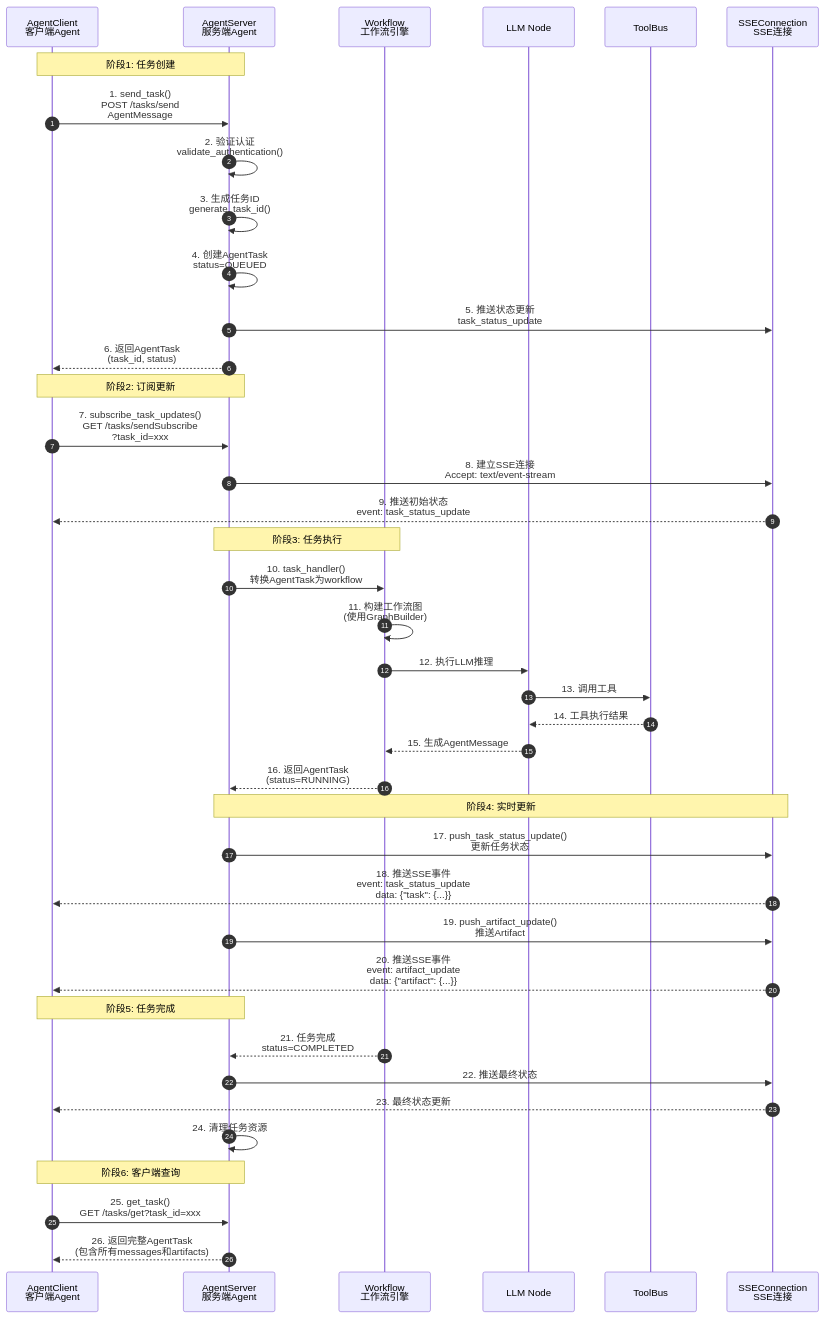
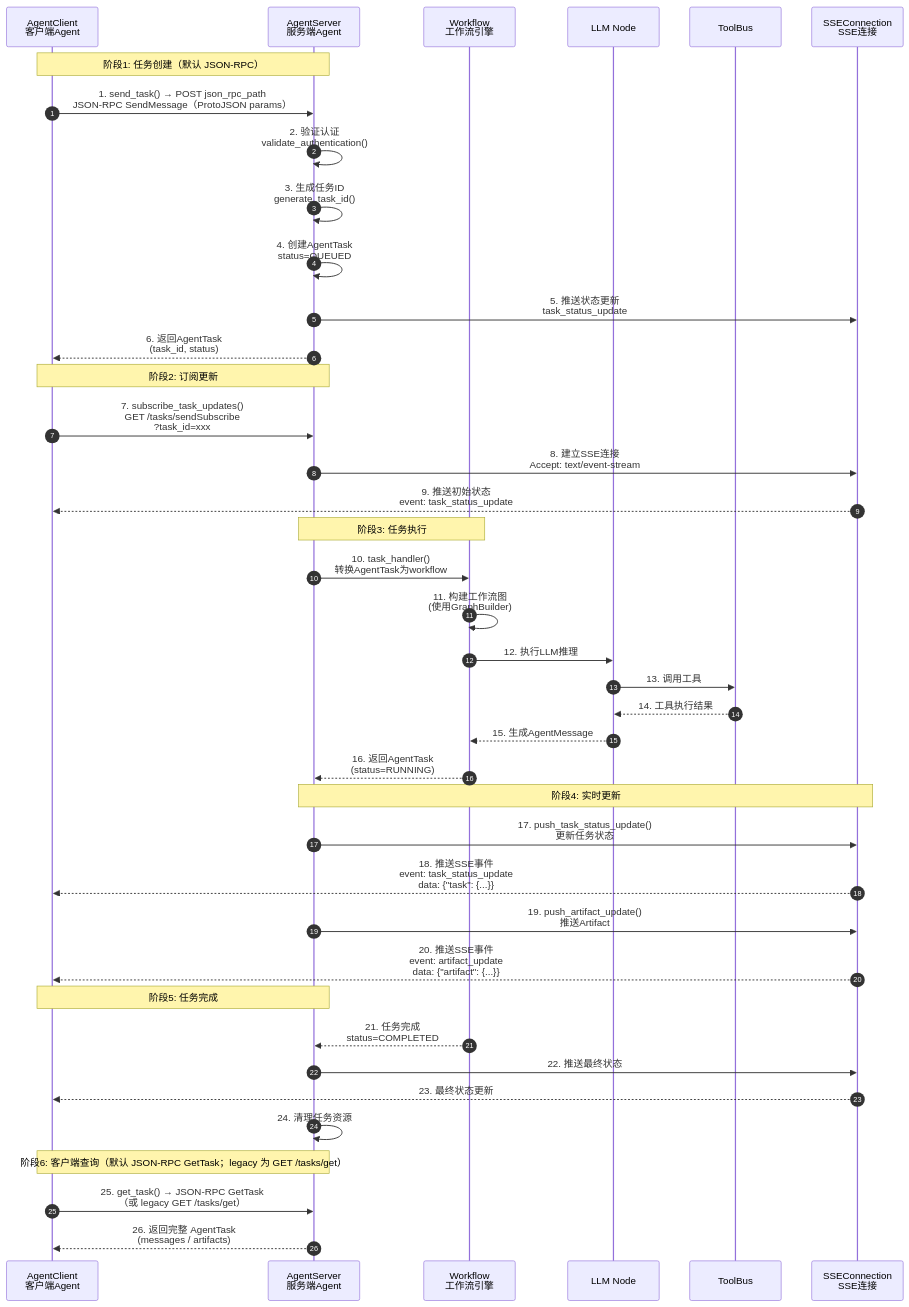
The sixth of 8 diagrams in agent_framework/docs/architecture/overview.md (Mapoet/taskflow), drawn with Mermaid before and after one commit. The commit also changed other lines of this file and 16 other files, not shown here.

````diff
--- a/agent_framework/docs/architecture/overview.md
+++ b/agent_framework/docs/architecture/overview.md
@@ -2694,49 +2696,49 @@
 ```mermaid
 sequenceDiagram
     autonumber
     participant Client as AgentClient<br/>客户端Agent
     participant Server as AgentServer<br/>服务端Agent
     participant Workflow as Workflow<br/>工作流引擎
     participant LLM as LLM Node
     participant Tools as ToolBus
     participant SSE as SSEConnection<br/>SSE连接
 
-    Note over Client,Server: 阶段1: 任务创建
-    Client->>Server: 1. send_task()<br/>POST /tasks/send<br/>AgentMessage
+    Note over Client,Server: 阶段1: 任务创建（默认 JSON-RPC）
+    Client->>Server: 1. send_task() → POST json_rpc_path<br/>JSON-RPC SendMessage（ProtoJSON params）
     Server->>Server: 2. 验证认证<br/>validate_authentication()
     Server->>Server: 3. 生成任务ID<br/>generate_task_id()
     Server->>Server: 4. 创建AgentTask<br/>status=QUEUED
     Server->>SSE: 5. 推送状态更新<br/>task_status_update
     Server-->>Client: 6. 返回AgentTask<br/>(task_id, status)
 
     Note over Client,Server: 阶段2: 订阅更新
     Client->>Server: 7. subscribe_task_updates()<br/>GET /tasks/sendSubscribe<br/>?task_id=xxx
     Server->>SSE: 8. 建立SSE连接<br/>Accept: text/event-stream
     SSE-->>Client: 9. 推送初始状态<br/>event: task_status_update
 
     Note over Server,Workflow: 阶段3: 任务执行
     Server->>Workflow: 10. task_handler()<br/>转换AgentTask为workflow
     Workflow->>Workflow: 11. 构建工作流图<br/>(使用GraphBuilder)
     Workflow->>LLM: 12. 执行LLM推理
     LLM->>Tools: 13. 调用工具
     Tools-->>LLM: 14. 工具执行结果
     LLM-->>Workflow: 15. 生成AgentMessage
     Workflow-->>Server: 16. 返回AgentTask<br/>(status=RUNNING)
 
     Note over Server,SSE: 阶段4: 实时更新
     Server->>SSE: 17. push_task_status_update()<br/>更新任务状态
     SSE-->>Client: 18. 推送SSE事件<br/>event: task_status_update<br/>data: {"task": {...}}
     
     Server->>SSE: 19. push_artifact_update()<br/>推送Artifact
     SSE-->>Client: 20. 推送SSE事件<br/>event: artifact_update<br/>data: {"artifact": {...}}
 
     Note over Client,Server: 阶段5: 任务完成
     Workflow-->>Server: 21. 任务完成<br/>status=COMPLETED
     Server->>SSE: 22. 推送最终状态
     SSE-->>Client: 23. 最终状态更新
     Server->>Server: 24. 清理任务资源
 
-    Note over Client,Server: 阶段6: 客户端查询
-    Client->>Server: 25. get_task()<br/>GET /tasks/get?task_id=xxx
-    Server-->>Client: 26. 返回完整AgentTask<br/>(包含所有messages和artifacts)
+    Note over Client,Server: 阶段6: 客户端查询（默认 JSON-RPC GetTask；legacy 为 GET /tasks/get）
+    Client->>Server: 25. get_task() → JSON-RPC GetTask<br/>（或 legacy GET /tasks/get）
+    Server-->>Client: 26. 返回完整 AgentTask<br/>(messages / artifacts)
 ```
````
